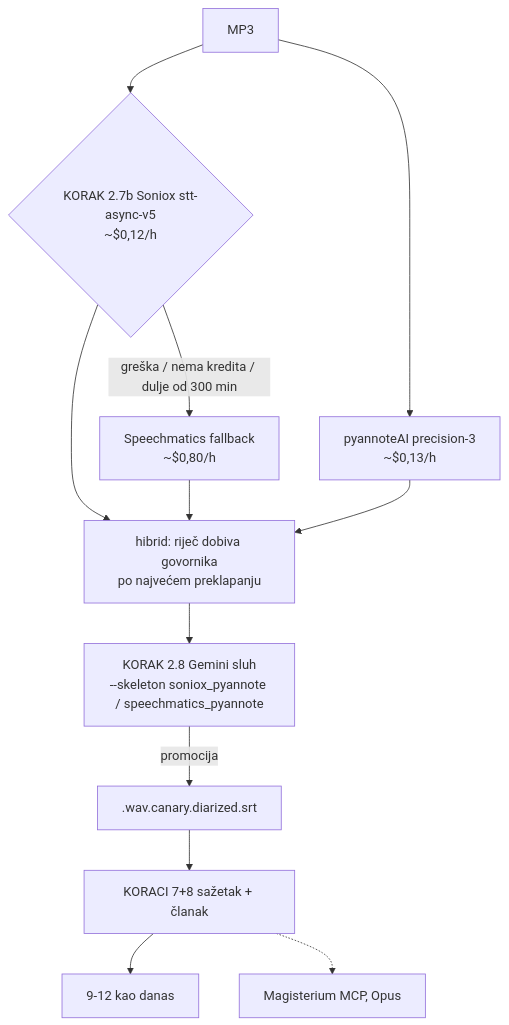
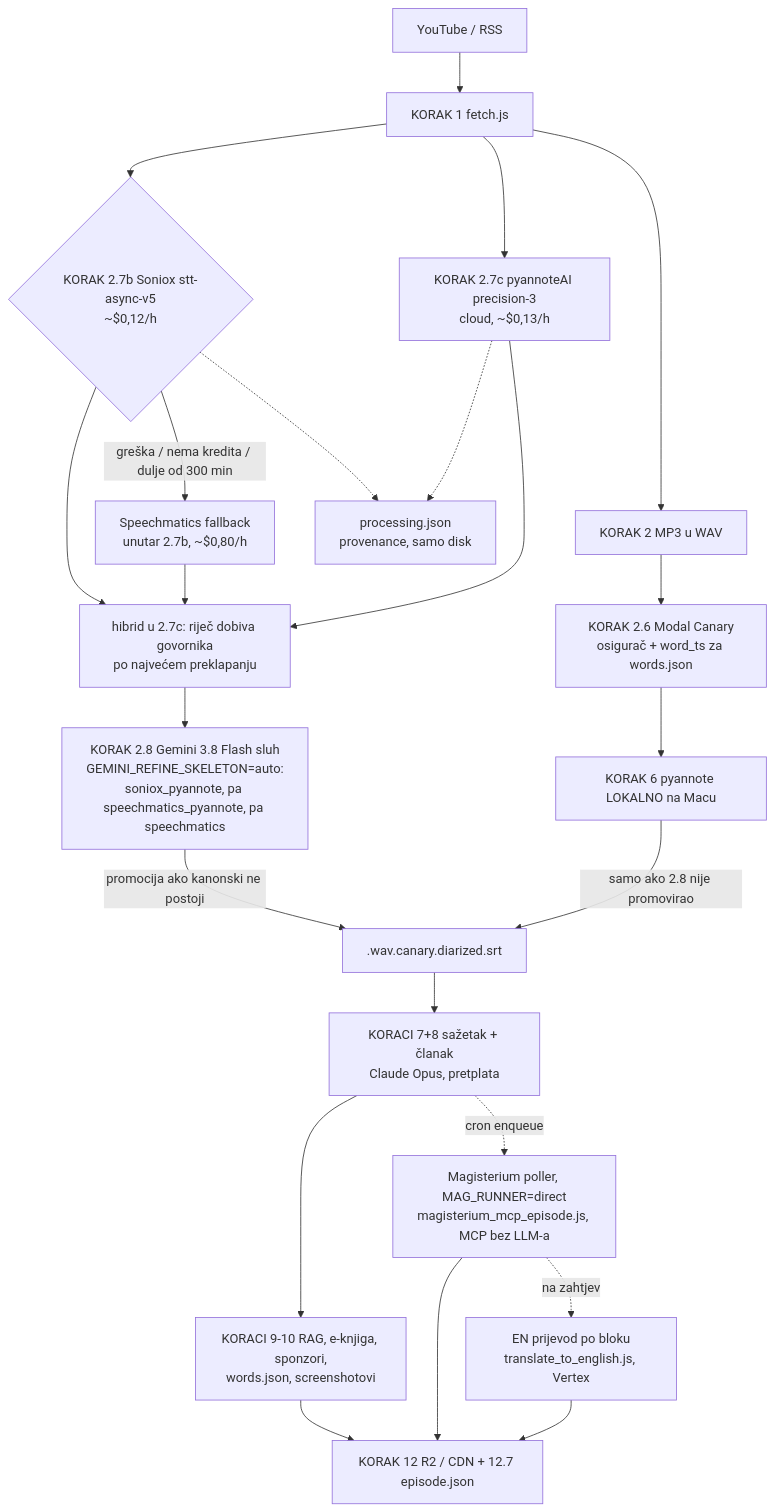
The second of 2 diagrams in docs/2026-10-24-pipeline-trenutno-stanje.md (domovinatv/fetch.domovina.tv), drawn with Mermaid before and after one commit. The commit also changed other lines of this file and 6 other files, not shown here.

First line of the commit message:
docs(pipeline): mermaid dijagrami usklađeni sa stanjem od 24.10.

````diff
--- a/docs/2026-10-24-pipeline-trenutno-stanje.md
+++ b/docs/2026-10-24-pipeline-trenutno-stanje.md
@@ -67,14 +87,25 @@
 ```mermaid
 flowchart TD
-    W[MP3] --> SX{KORAK 2.7b Soniox stt-async-v5<br/>~$0,12/h}
-    SX -->|greška / nema kredita / dulje od 300 min| SM[Speechmatics fallback<br/>~$0,80/h]
-    W --> PA[pyannoteAI precision-3<br/>~$0,13/h]
-    SX --> H[hibrid: riječ dobiva govornika<br/>po najvećem preklapanju]
+    YT[YouTube / RSS] --> F[KORAK 1 fetch.js]
+    F --> W[KORAK 2 MP3 u WAV]
+    W --> M[KORAK 2.6 Modal Canary<br/>osigurač + word_ts za words.json]
+    F --> SX{KORAK 2.7b Soniox stt-async-v5<br/>~$0,12/h}
+    SX -->|greška / nema kredita / dulje od 300 min| SM[Speechmatics fallback<br/>unutar 2.7b, ~$0,80/h]
+    F --> PA[KORAK 2.7c pyannoteAI precision-3<br/>cloud, ~$0,13/h]
+    SX --> H[hibrid u 2.7c: riječ dobiva govornika<br/>po najvećem preklapanju]
     SM --> H
     PA --> H
-    H --> G[KORAK 2.8 Gemini sluh<br/>--skeleton soniox_pyannote / speechmatics_pyannote]
-    G -->|promocija| C[.wav.canary.diarized.srt]
-    C --> S7[KORACI 7+8 sažetak + članak]
-    S7 --> R[9-12 kao danas]
-    S7 -.-> MG[Magisterium MCP, Opus]
+    H --> G[KORAK 2.8 Gemini 3.8 Flash sluh<br/>GEMINI_REFINE_SKELETON=auto:<br/>soniox_pyannote, pa speechmatics_pyannote, pa speechmatics]
+    G -->|promocija ako kanonski ne postoji| C[.wav.canary.diarized.srt]
+    M --> P6[KORAK 6 pyannote LOKALNO na Macu]
+    P6 -->|samo ako 2.8 nije promovirao| C
+    C --> S7[KORACI 7+8 sažetak + članak<br/>Claude Opus, pretplata]
+    S7 --> R[KORACI 9-10 RAG, e-knjiga, sponzori,<br/>words.json, screenshotovi]
+    R --> U[KORAK 12 R2 / CDN + 12.7 episode.json]
+    S7 -.cron enqueue.-> MG[Magisterium poller, MAG_RUNNER=direct<br/>magisterium_mcp_episode.js, MCP bez LLM-a]
+    MG --> U
+    MG -.na zahtjev.-> EN[EN prijevod po bloku<br/>translate_to_english.js, Vertex]
+    EN --> U
+    SX -.-> PJ[processing.json<br/>provenance, samo disk]
+    PA -.-> PJ
 ```
````
